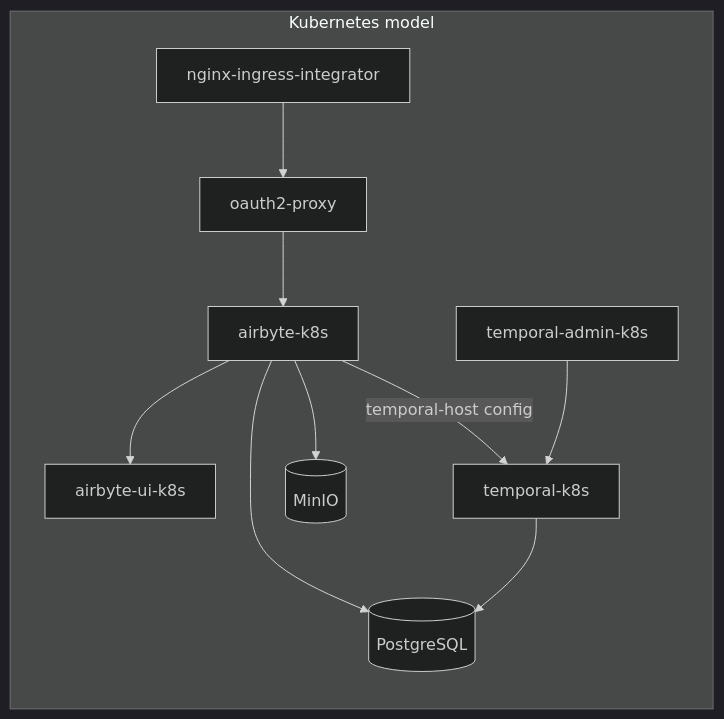
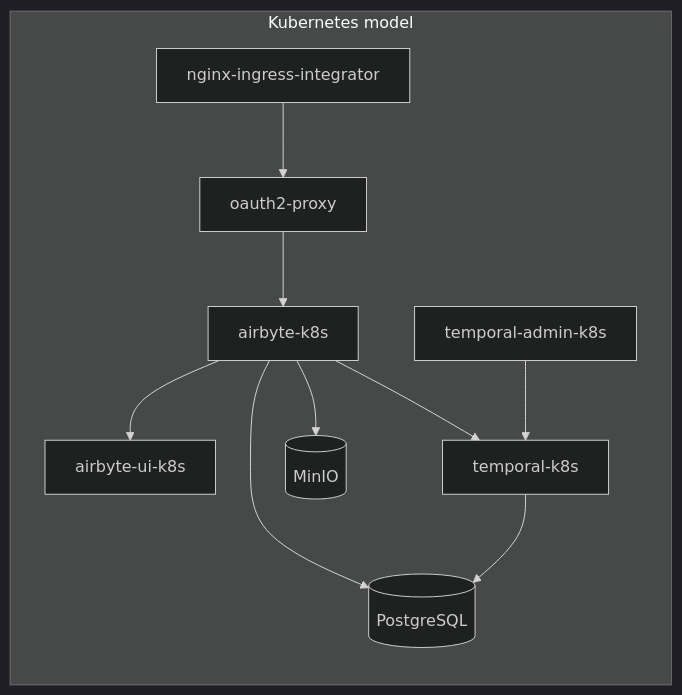
One commit to canonical/canonical-data-mesh-docs changed the diagram in docs/explanation/airbyte/architecture.md. Above: the diagram before and after it, drawn with Mermaid (dark theme). The commit also changed other lines of this file and 1 other file, not shown here.

````diff
--- a/docs/explanation/airbyte/architecture.md
+++ b/docs/explanation/airbyte/architecture.md
@@ -25,21 +25,21 @@
 ```mermaid
 graph LR
     subgraph k8s [Kubernetes model]
         NG[nginx-ingress-integrator]
         O2P[oauth2-proxy]
         AB[airbyte-k8s]
         UI[airbyte-ui-k8s]
         TMP[temporal-k8s]
         TA[temporal-admin-k8s]
         MIN[(MinIO)]
         PG[(PostgreSQL)]
     end
     NG --> O2P
     O2P --> AB
     AB --> UI
-    AB -->|temporal-host config| TMP
+    AB --> TMP
     AB --> MIN
     AB --> PG
     TMP --> PG
     TA --> TMP
 ```
````
